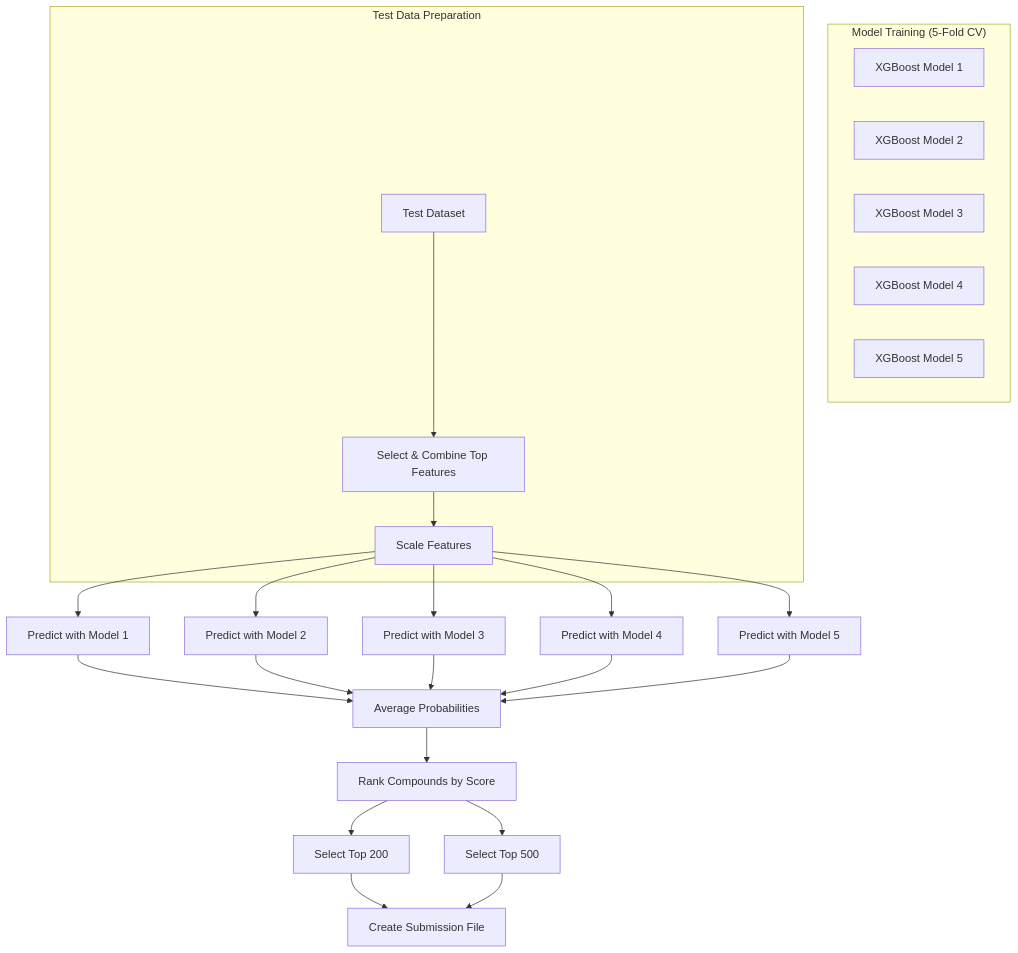
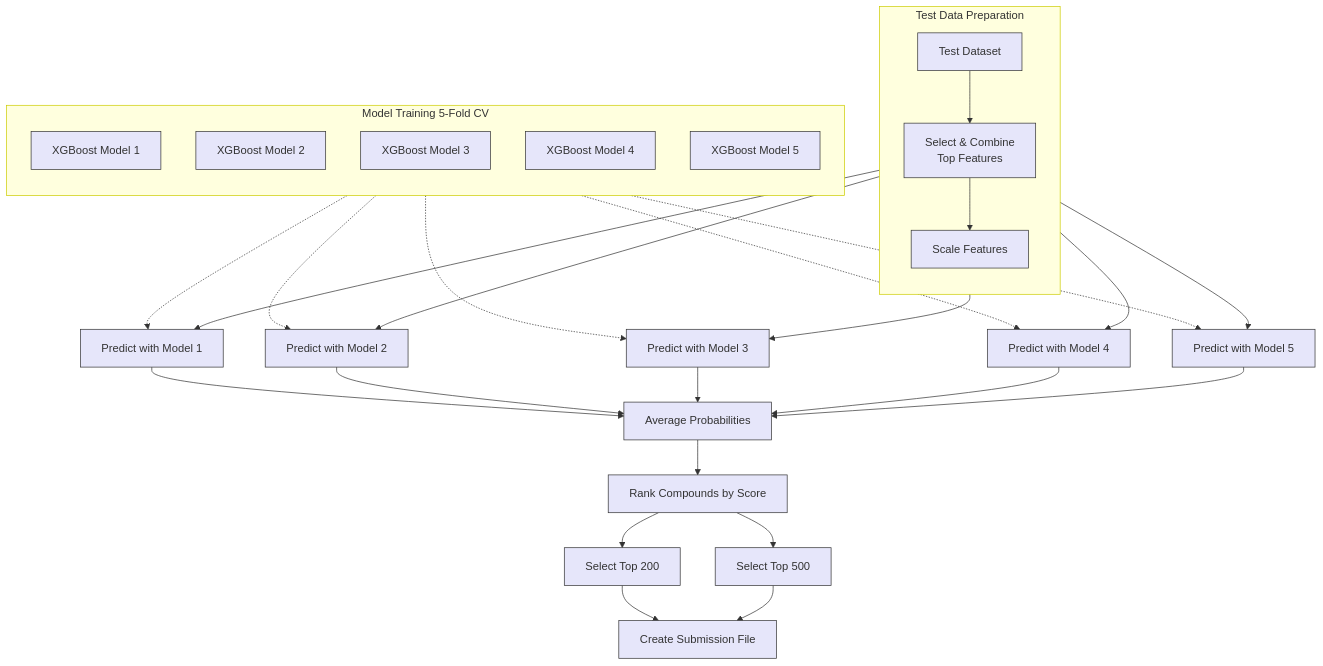
One commit to KutumLab/KutumLab-T035 changed the second of 2 diagrams in STEP-1/README.md. Above: the diagram before and after it, drawn with Mermaid. The commit also changed other lines of this file and 3 other files, not shown here.

````diff
--- a/STEP-1/README.md
+++ b/STEP-1/README.md
@@ -65,21 +112,46 @@
 ```mermaid
-graph TD
-    subgraph "Model Training (5-Fold CV)"
+flowchart TD
+    %% Define the styles
+    classDef yellowBox fill:#ffffde,stroke:#cccc00,color:#333;
+    classDef purpleBox fill:#e6e6fa,stroke:#333,color:#333;
+    
+    %% Main Graph
+    subgraph TestPrep [Test Data Preparation]
+        direction TB
+        TD[Test Dataset] --> TP[Select & Combine<br/>Top Features]
+        TP --> TS[Scale Features]
+    end
+
+    subgraph Training [Model Training 5-Fold CV]
+        direction TB
         M1[XGBoost Model 1]
         M2[XGBoost Model 2]
         M3[XGBoost Model 3]
         M4[XGBoost Model 4]
         M5[XGBoost Model 5]
     end
 
-    subgraph "Test Data Preparation"
-        TD[Test Dataset] --> TP[Select & Combine Top Features] --> TS[Scale Features]
-    end
+    %% Prediction Layer
+    TS --> P1[Predict with Model 1]
+    TS --> P2[Predict with Model 2]
+    TS --> P3[Predict with Model 3]
+    TS --> P4[Predict with Model 4]
+    TS --> P5[Predict with Model 5]
 
-    TS --> P1[Predict with Model 1] & P2[Predict with Model 2] & P3[Predict with Model 3] & P4[Predict with Model 4] & P5[Predict with Model 5]
+    %% Connect Models to Predictions (Fixes the layout)
+    M1 -.-> P1
+    M2 -.-> P2
+    M3 -.-> P3
+    M4 -.-> P4
+    M5 -.-> P5
 
+    %% Aggregation & Output
     P1 & P2 & P3 & P4 & P5 --> AVG[Average Probabilities]
     AVG --> RANK[Rank Compounds by Score]
     RANK --> S200[Select Top 200] & S500[Select Top 500]
     S200 & S500 --> SUB[Create Submission File]
+
+    %% Apply Styles
+    class TestPrep,Training yellowBox;
+    class TD,TP,TS,M1,M2,M3,M4,M5,P1,P2,P3,P4,P5,AVG,RANK,S200,S500,SUB purpleBox;
 ```
````
